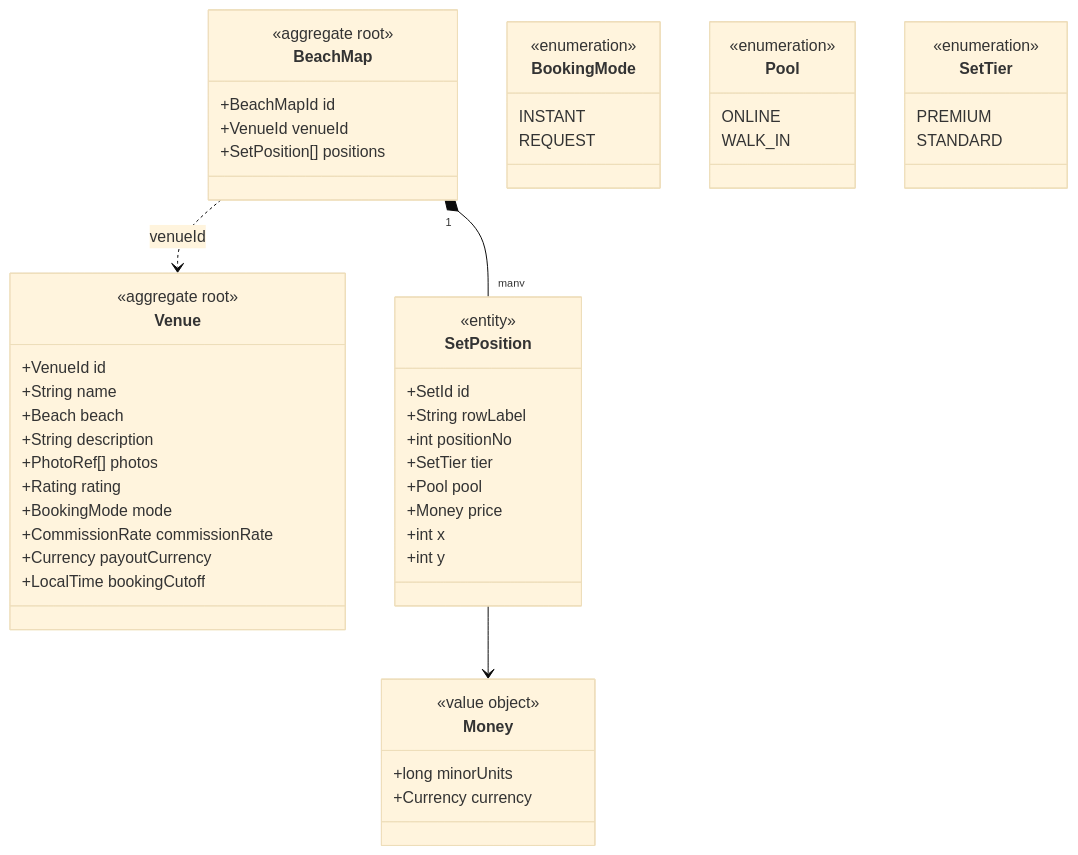
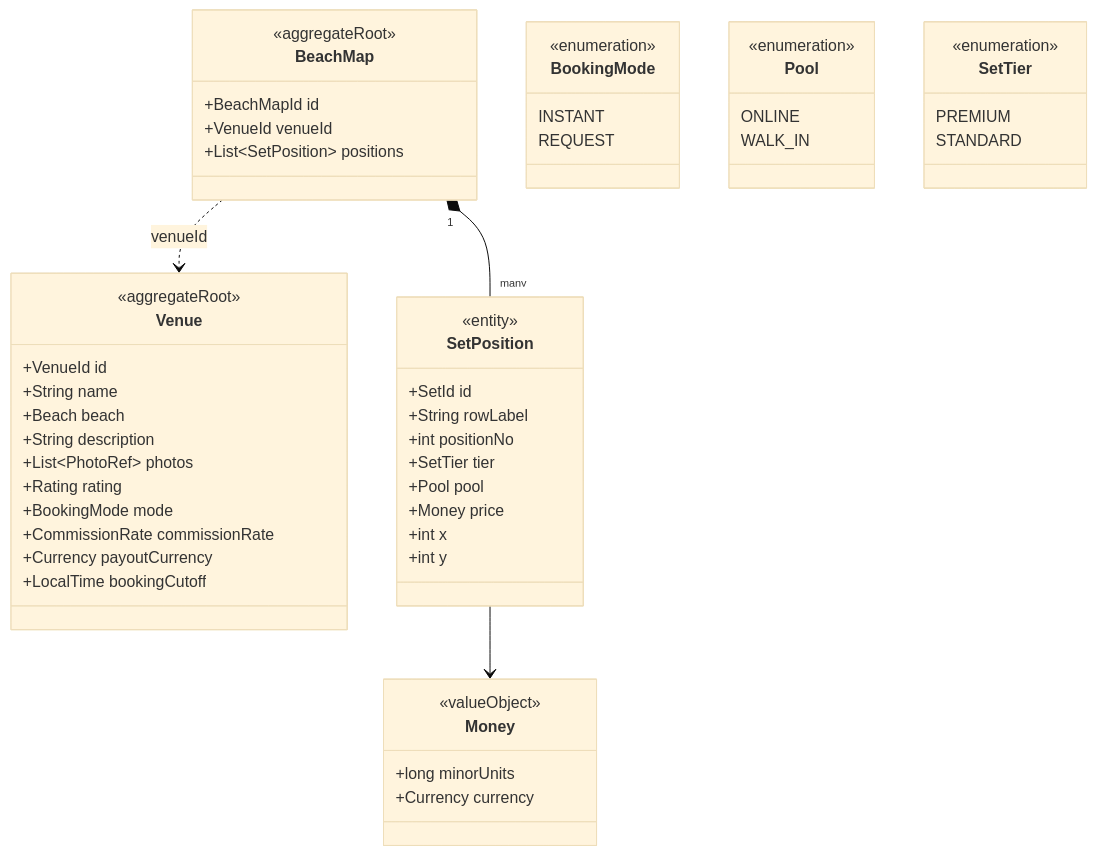
One commit to ivopogace/riviera-sunbed-booking changed the third of 12 diagrams in docs/architecture/domain-model.md. Above: the diagram before and after it, drawn with Mermaid (base theme). The commit also changed other lines of this file, not shown here.

First line of the commit message:
Fix class-diagram Mermaid syntax so aggregates render

````diff
--- a/docs/architecture/domain-model.md
+++ b/docs/architecture/domain-model.md
@@ -118,56 +118,56 @@
 ```mermaid
 classDiagram
     class Venue {
-        <<aggregate root>>
+        <<aggregateRoot>>
         +VenueId id
         +String name
         +Beach beach
         +String description
-        +PhotoRef[] photos
+        +List~PhotoRef~ photos
         +Rating rating
         +BookingMode mode
         +CommissionRate commissionRate
         +Currency payoutCurrency
         +LocalTime bookingCutoff
     }
     class BeachMap {
-        <<aggregate root>>
+        <<aggregateRoot>>
         +BeachMapId id
         +VenueId venueId
-        +SetPosition[] positions
+        +List~SetPosition~ positions
     }
     class SetPosition {
         <<entity>>
         +SetId id
         +String rowLabel
         +int positionNo
         +SetTier tier
         +Pool pool
         +Money price
         +int x
         +int y
     }
     class Money {
-        <<value object>>
+        <<valueObject>>
         +long minorUnits
         +Currency currency
     }
     class BookingMode {
         <<enumeration>>
         INSTANT
         REQUEST
     }
     class Pool {
         <<enumeration>>
         ONLINE
         WALK_IN
     }
     class SetTier {
         <<enumeration>>
         PREMIUM
         STANDARD
     }
     BeachMap "1" *-- "many" SetPosition
     SetPosition --> Money
     BeachMap ..> Venue : venueId
 ```
````
